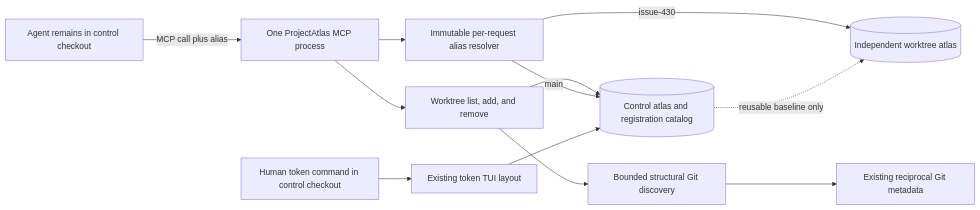
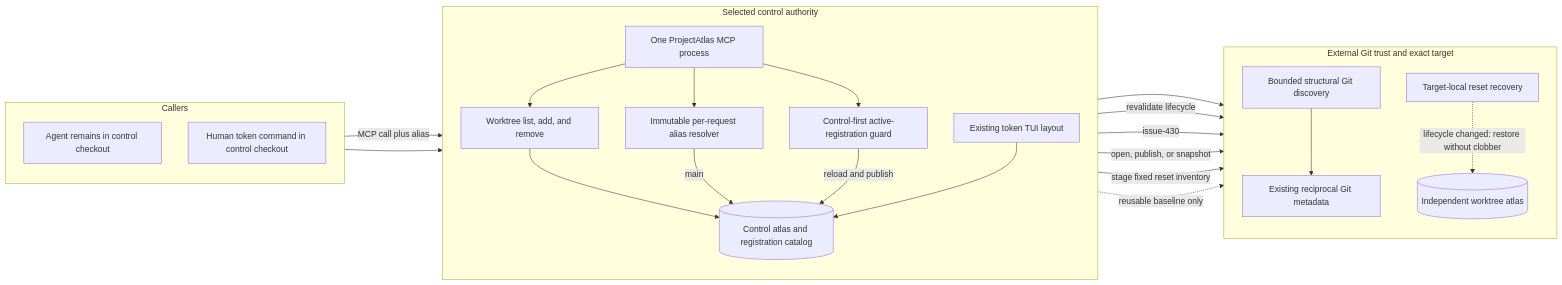
Before and after one commit to styler-ai/ProjectAtlas: the first of 6 diagrams in docs/worktree-lifecycle.md, drawn with Mermaid. The commit also changed other lines of this file and 10 other files, not shown here.

````diff
--- a/docs/worktree-lifecycle.md
+++ b/docs/worktree-lifecycle.md
@@ -9,14 +9,39 @@
 ```mermaid
 flowchart LR
-    Agent[Agent remains in control checkout] -->|MCP call plus alias| MCP[One ProjectAtlas MCP process]
-    MCP --> Resolver[Immutable per-request alias resolver]
-    MCP --> Catalog[Worktree list, add, and remove]
-    Catalog --> Discovery[Bounded structural Git discovery]
-    Discovery --> GitMeta[Existing reciprocal Git metadata]
-    Catalog --> ControlDB[(Control atlas and registration catalog)]
-    Resolver -->|main| ControlDB
-    Resolver -->|issue-430| TargetDB[(Independent worktree atlas)]
+    subgraph Entry[Callers]
+        direction TB
+        Agent[Agent remains in control checkout]
+        Human[Human token command in control checkout]
+    end
+    subgraph Control[Selected control authority]
+        direction TB
+        MCP[One ProjectAtlas MCP process]
+        Catalog[Worktree list, add, and remove]
+        Resolver[Immutable per-request alias resolver]
+        Guard[Control-first active-registration guard]
+        TokenTUI[Existing token TUI layout]
+        ControlDB[(Control atlas and registration catalog)]
+        MCP --> Catalog
+        MCP --> Resolver
+        MCP --> Guard
+        Catalog --> ControlDB
+        Resolver -->|main| ControlDB
+        Guard -->|reload and publish| ControlDB
+        TokenTUI --> ControlDB
+    end
+    subgraph Exact[External Git trust and exact target]
+        direction TB
+        Discovery[Bounded structural Git discovery] --> GitMeta[Existing reciprocal Git metadata]
+        TargetDB[(Independent worktree atlas)]
+        ResetRecovery[Target-local reset recovery]
+    end
+    Agent -->|MCP call plus alias| MCP
+    Human --> TokenTUI
+    Catalog --> Discovery
+    Guard -->|revalidate lifecycle| Discovery
+    Resolver -->|issue-430| TargetDB
+    Guard -->|open, publish, or snapshot| TargetDB
+    Guard -->|stage fixed reset inventory| ResetRecovery
+    ResetRecovery -. lifecycle changed: restore without clobber .-> TargetDB
     ControlDB -. reusable baseline only .-> TargetDB
-    Human[Human token command in control checkout] --> TokenTUI[Existing token TUI layout]
-    TokenTUI --> ControlDB
 ```
````
